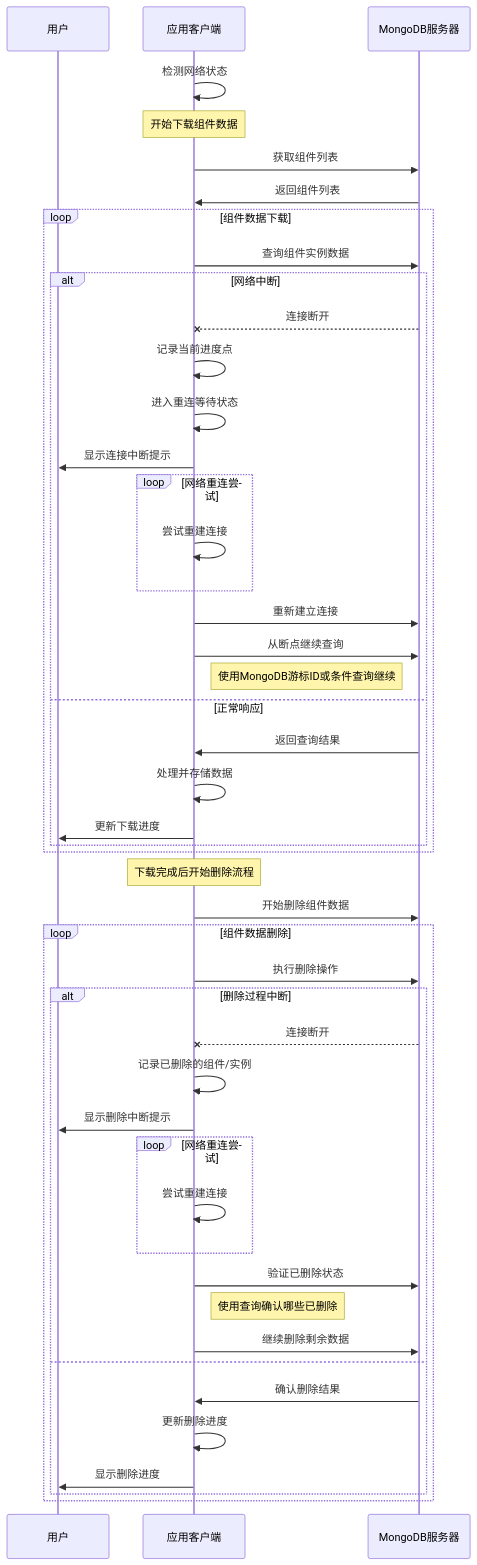
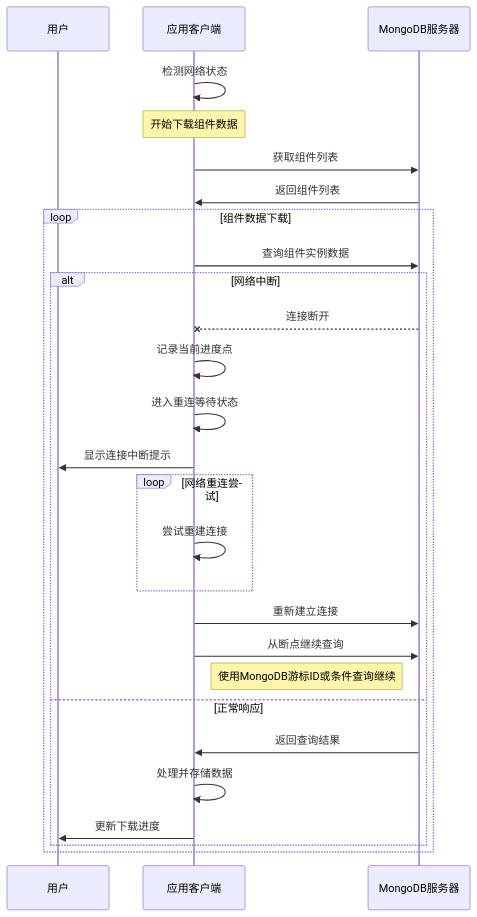
Before and after one commit to yingjianzh/iodraw-files: the diagram in all/未命名-49.md, drawn with Mermaid.

Commit message:
2025-05-07 17:46:38 update

````diff
--- a/all/未命名-49.md
+++ b/all/未命名-49.md
@@ -1,62 +1,38 @@
 ```mermaid
 sequenceDiagram
     participant User as 用户
     participant App as 应用客户端
     participant MongoDB as MongoDB服务器
     
     App->>App: 检测网络状态
     
     Note over App: 开始下载组件数据
     
     App->>MongoDB: 获取组件列表
     MongoDB->>App: 返回组件列表
     
     loop 组件数据下载
         App->>MongoDB: 查询组件实例数据
         
         alt 网络中断
             MongoDB--x App: 连接断开
             App->>App: 记录当前进度点
             App->>App: 进入重连等待状态
             App->>User: 显示连接中断提示
             
             loop 网络重连尝试
                 App->>App: 尝试重建连接
             end
             
             App->>MongoDB: 重新建立连接
             App->>MongoDB: 从断点继续查询
             note right of App: 使用MongoDB游标ID或条件查询继续
         else 正常响应
             MongoDB->>App: 返回查询结果
             App->>App: 处理并存储数据
             App->>User: 更新下载进度
         end
     end
     
-    Note over App: 下载完成后开始删除流程
     
-    App->>MongoDB: 开始删除组件数据
-    
-    loop 组件数据删除
-        App->>MongoDB: 执行删除操作
-        
-        alt 删除过程中断
-            MongoDB--x App: 连接断开
-            App->>App: 记录已删除的组件/实例
-            App->>User: 显示删除中断提示
-            
-            loop 网络重连尝试
-                App->>App: 尝试重建连接
-            end
-            
-            App->>MongoDB: 验证已删除状态
-            note right of App: 使用查询确认哪些已删除
-            App->>MongoDB: 继续删除剩余数据
-        else
-            MongoDB->>App: 确认删除结果
-            App->>App: 更新删除进度
-            App->>User: 显示删除进度
-        end
-    end
 ```
````
